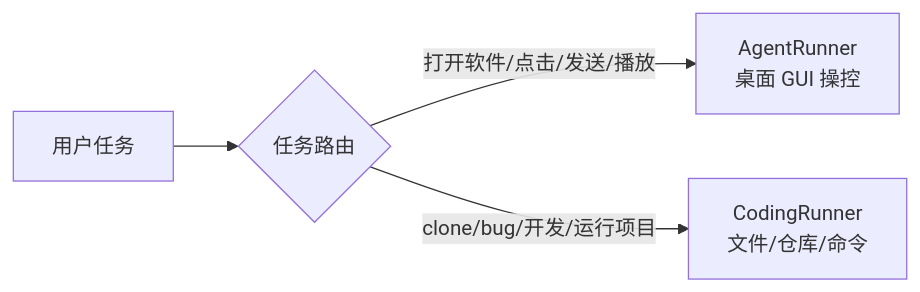
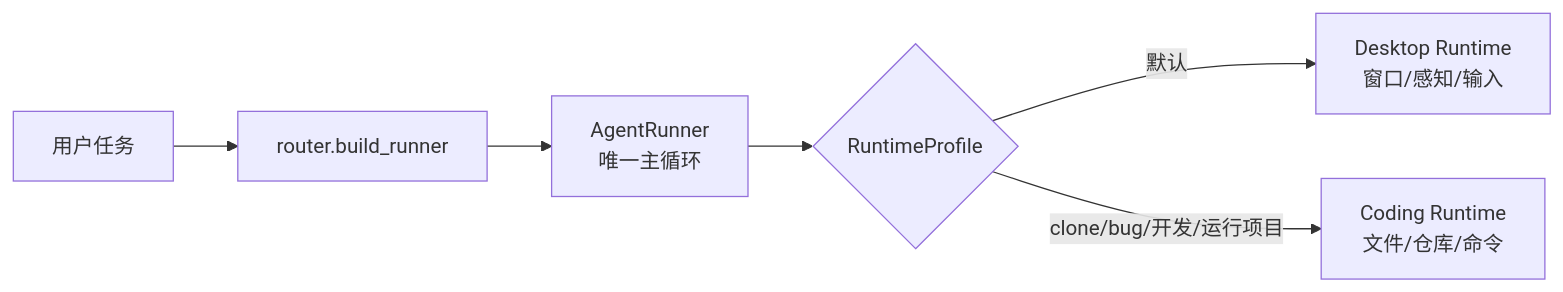
Before and after one commit to zoujiapeng/lingdong-script: diagram 14 of 24 in docs/项目导览-面试版.md, drawn with Mermaid. The commit also changed other lines of this file and 22 other files, not shown here.

Commit message:
Unify coding runtime under AgentRunner

````diff
--- a/docs/项目导览-面试版.md
+++ b/docs/项目导览-面试版.md
@@ -441,11 +446,14 @@
 ```mermaid
 flowchart LR
     task["用户任务"]
-    router{"任务路由"}
-    gui["AgentRunner<br/>桌面 GUI 操控"]
-    code["CodingRunner<br/>文件/仓库/命令"]
+    router["router.build_runner"]
+    runner["AgentRunner<br/>唯一主循环"]
+    profile{"RuntimeProfile"}
+    desktop["Desktop Runtime<br/>窗口/感知/输入"]
+    code["Coding Runtime<br/>文件/仓库/命令"]
 
     task --> router
-    router -->|打开软件/点击/发送/播放| gui
-    router -->|clone/bug/开发/运行项目| code
+    router --> runner --> profile
+    profile -->|默认| desktop
+    profile -->|clone/bug/开发/运行项目| code
 ```
````
